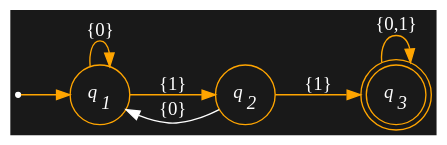
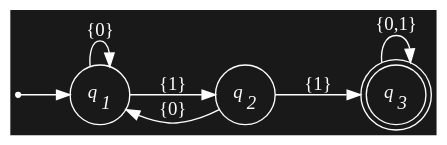
The ninth of 9 diagrams in qmd/src/starfa.qmd (cd-public/compute), drawn with Graphviz before and after one commit. The commit also changed other lines of this file and 24 other files, not shown here.

````diff
--- a/qmd/src/starfa.qmd
+++ b/qmd/src/starfa.qmd
@@ -472,31 +474,31 @@
 ```{dot filename="Finite Automata"}
-//| fig-width: 50%
+//| fig-width: 800px
 //| echo: false
 digraph finite_automata {
   rankdir=LR;
   bgcolor="#191919";
 
   node [
       fontcolor = "#ffffff",
       color = "#ffffff",
   ]
 
   edge [
       color = "#ffffff",
       fontcolor = "#ffffff"
   ]
 
   node [shape=circle];
   q0 [label="",shape=point]; 
-  q1 [label=<<I>q<SUB>1</SUB></I>>, color="orange"];
-  q2 [label=<<I>q<SUB>2</SUB></I>>, color="orange"];
-  q3 [label=<<I>q<SUB>3</SUB></I>>, shape=doublecircle, color="orange"]; 
+  q1 [label=<<I>q<SUB>1</SUB></I>>];
+  q2 [label=<<I>q<SUB>2</SUB></I>>];
+  q3 [label=<<I>q<SUB>3</SUB></I>>, shape=doublecircle]; 
 
-  q0 -> q1 [color="orange"]
-  q1 -> q1 [label="{0}", color="orange"];
-  q1 -> q2 [label="{1}", color="orange"];
+  q0 -> q1 []
+  q1 -> q1 [label="{0}"];
+  q1 -> q2 [label="{1}"];
   q2 -> q1 [label="{0}"];
-  q2 -> q3 [label="{1}", color="orange"];
-  q3 -> q3 [label="{0,1}", color="orange"];
+  q2 -> q3 [label="{1}"];
+  q3 -> q3 [label="{0,1}"];
 }
 ```
````
